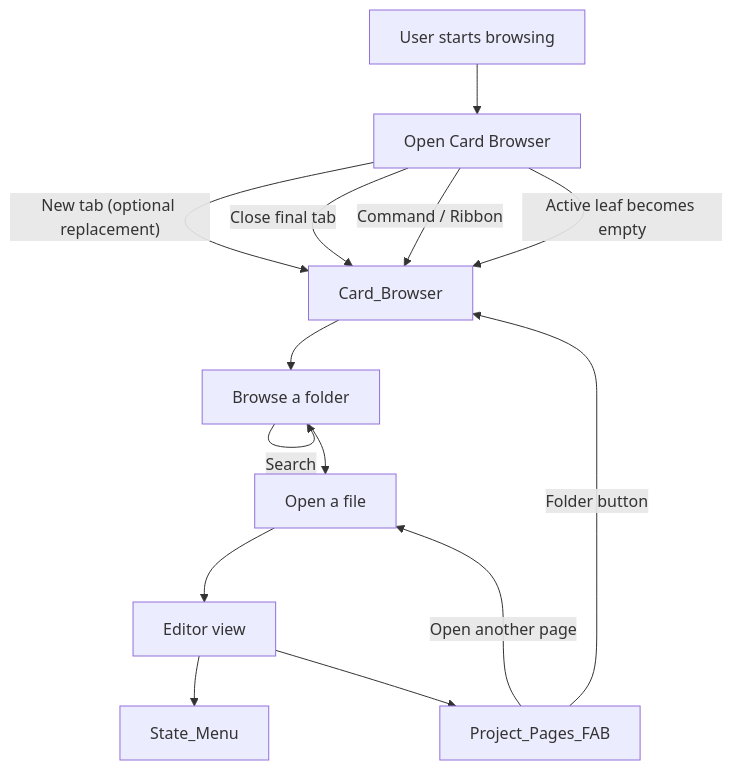
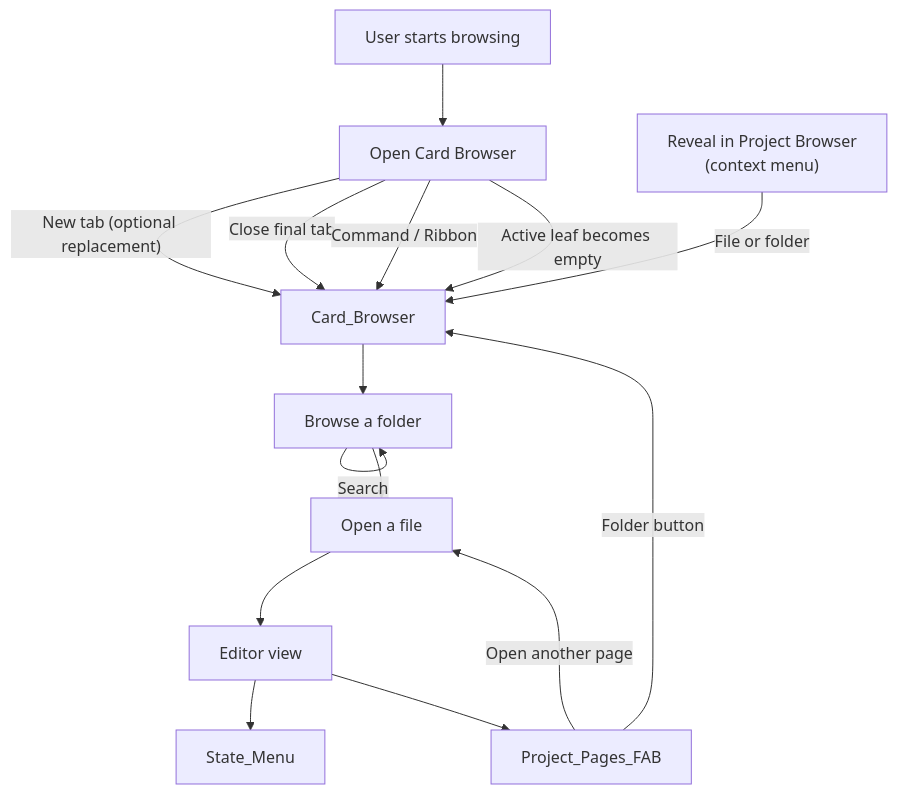
One commit to daledesilva/obsidian_project-browser changed the diagram in docs/overview.md. Above: the diagram before and after it, drawn with Mermaid. The commit also changed other lines of this file and 15 other files, not shown here.

Commit message:
Added ability to "Reveal in Project Browser" from context menus

````diff
--- a/docs/overview.md
+++ b/docs/overview.md
@@ -32,21 +33,23 @@
 ```mermaid
 flowchart TD
     Start[User starts browsing] --> Entry[Open Card Browser]
 
     Entry -->|"New tab (optional replacement)"| CardBrowser[Card_Browser]
   Entry -->|"Close final tab"| CardBrowser
     Entry -->|"Command / Ribbon"| CardBrowser
   Entry -->|"Active leaf becomes empty"| CardBrowser
 
     CardBrowser --> Browse[Browse a folder]
     Browse -->|"Back / Breadcrumbs"| Browse
     Browse -->|"Search"| Browse
     Browse --> OpenFile[Open a file]
 
     OpenFile --> NoteSurface[Editor view]
     NoteSurface --> StateMenu[State_Menu]
     NoteSurface --> PagesFab[Project_Pages_FAB]
 
     PagesFab -->|"Open another page"| OpenFile
     PagesFab -->|"Folder button"| CardBrowser
+
+    RevealAction["Reveal in Project Browser\n(context menu)"] -->|"File or folder"| CardBrowser
 ```
````
